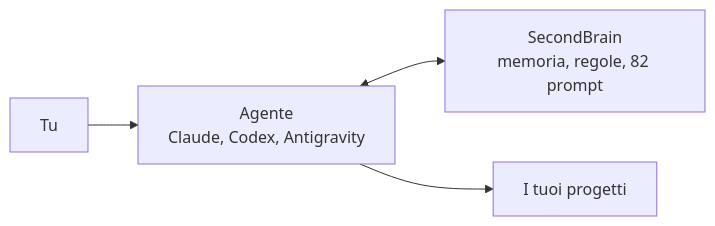
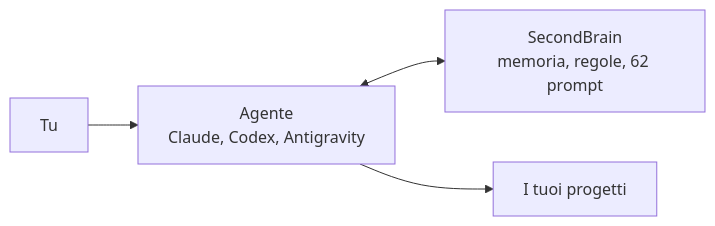
Before and after one commit to dennidalpos/secondbrain: the first of 2 diagrams in README.md, drawn with Mermaid. The commit also changed other lines of this file and 113 other files, not shown here.

````diff
--- a/README.md
+++ b/README.md
@@ -9,6 +9,6 @@
 ```mermaid
 flowchart LR
     T["Tu"] --> A["Agente<br/>Claude, Codex, Antigravity"]
-    A <--> S["SecondBrain<br/>memoria, regole, 82 prompt"]
+    A <--> S["SecondBrain<br/>memoria, regole, 62 prompt"]
     A --> P["I tuoi progetti"]
 ```
````
